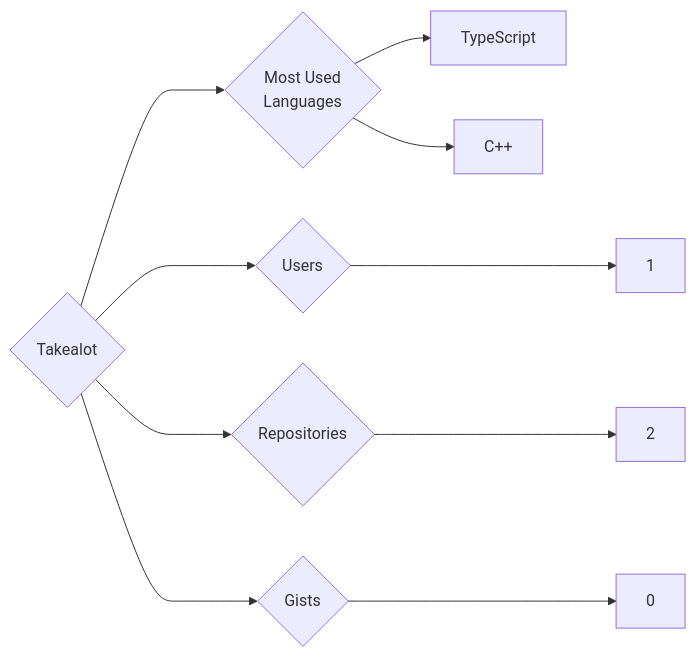
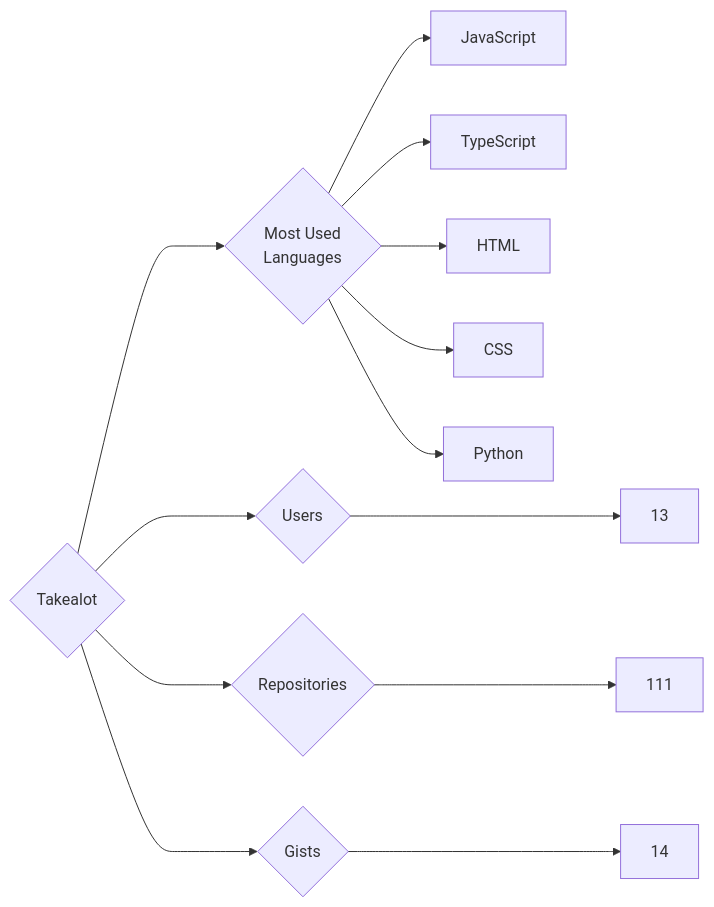
Before and after one commit to trickest/insiders: the diagram in targets/Takealot/README.md, drawn with Mermaid. The commit also changed 928 other files, not shown here.

````diff
--- a/targets/Takealot/README.md
+++ b/targets/Takealot/README.md
@@ -3,10 +3,13 @@
 ```mermaid
 graph LR
 COMPANY_NAME{Takealot}
-COMPANY_NAME ---> U{Users} ---> UN[1]
-COMPANY_NAME ---> R{Repositories} ---> RN[2]
-COMPANY_NAME ---> G{Gists} ---> GN[0]
+COMPANY_NAME ---> U{Users} ---> UN[13]
+COMPANY_NAME ---> R{Repositories} ---> RN[111]
+COMPANY_NAME ---> G{Gists} ---> GN[14]
 COMPANY_NAME ---> ML{Most Used<br>Languages}
+ML --> JavaScript[JavaScript]
 ML --> TypeScript[TypeScript]
-ML --> C++[C++]
+ML --> HTML[HTML]
+ML --> CSS[CSS]
+ML --> Python[Python]
 ```
````
